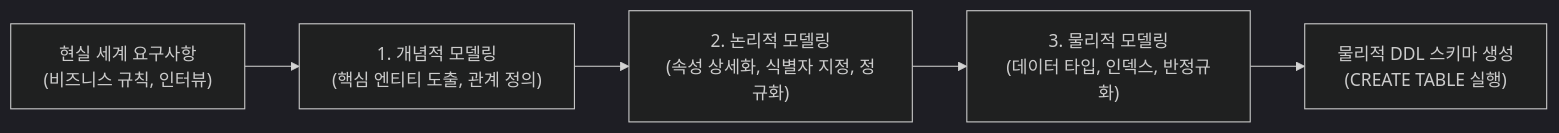
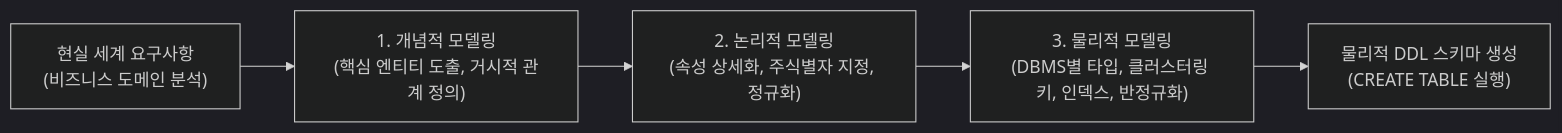
One commit to keimania/tech-notes changed the eighth of 37 diagrams in 07_데이터베이스_기술.md. Above: the diagram before and after it, drawn with Mermaid (dark theme). The commit also changed other lines of this file and 12 other files, not shown here.

````diff
--- a/07_데이터베이스_기술.md
+++ b/07_데이터베이스_기술.md
@@ -199,7 +300,7 @@
 ```mermaid
 flowchart LR
-    A["현실 세계 요구사항<br/>(비즈니스 규칙, 인터뷰)"] --> B["1. 개념적 모델링<br/>(핵심 엔티티 도출, 관계 정의)"]
-    B --> C["2. 논리적 모델링<br/>(속성 상세화, 식별자 지정, 정규화)"]
-    C --> D["3. 물리적 모델링<br/>(데이터 타입, 인덱스, 반정규화)"]
+    A["현실 세계 요구사항<br/>(비즈니스 도메인 분석)"] --> B["1. 개념적 모델링<br/>(핵심 엔티티 도출, 거시적 관계 정의)"]
+    B --> C["2. 논리적 모델링<br/>(속성 상세화, 주식별자 지정, 정규화)"]
+    C --> D["3. 물리적 모델링<br/>(DBMS별 타입, 클러스터링 키, 인덱스, 반정규화)"]
     D --> E["물리적 DDL 스키마 생성<br/>(CREATE TABLE 실행)"]
 ```
````
